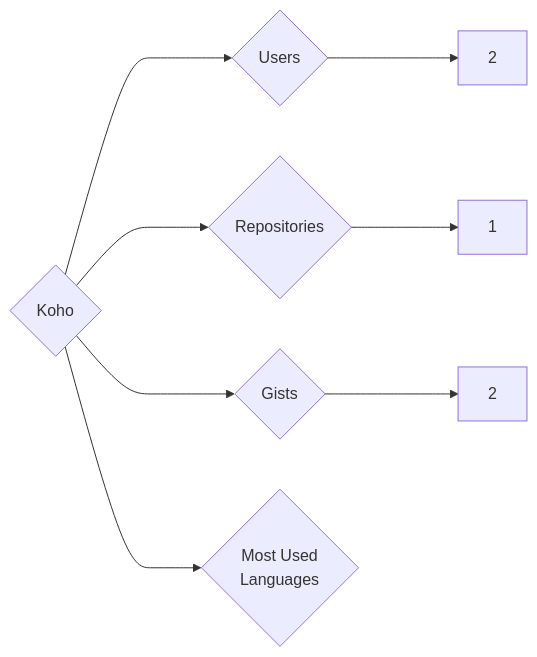
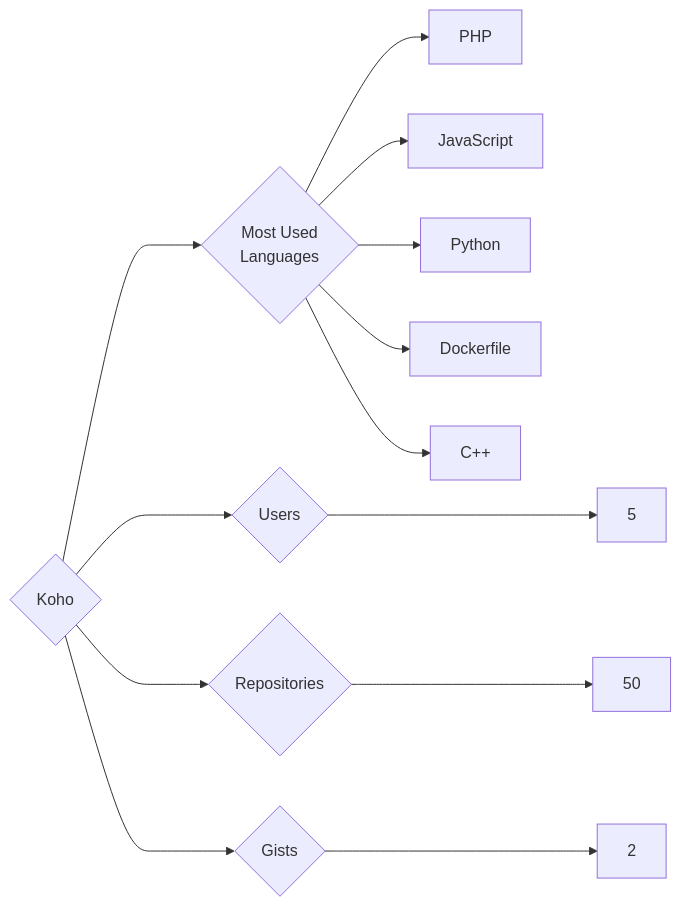
One commit to trickest/insiders changed the diagram in targets/Koho/README.md. Above: the diagram before and after it, drawn with Mermaid. The commit also changed 644 other files, not shown here.

````diff
--- a/targets/Koho/README.md
+++ b/targets/Koho/README.md
@@ -3,8 +3,13 @@
 ```mermaid
 graph LR
 COMPANY_NAME{Koho}
-COMPANY_NAME ---> U{Users} ---> UN[2]
-COMPANY_NAME ---> R{Repositories} ---> RN[1]
+COMPANY_NAME ---> U{Users} ---> UN[5]
+COMPANY_NAME ---> R{Repositories} ---> RN[50]
 COMPANY_NAME ---> G{Gists} ---> GN[2]
 COMPANY_NAME ---> ML{Most Used<br>Languages}
+ML --> PHP[PHP]
+ML --> JavaScript[JavaScript]
+ML --> Python[Python]
+ML --> Dockerfile[Dockerfile]
+ML --> C++[C++]
 ```
````
